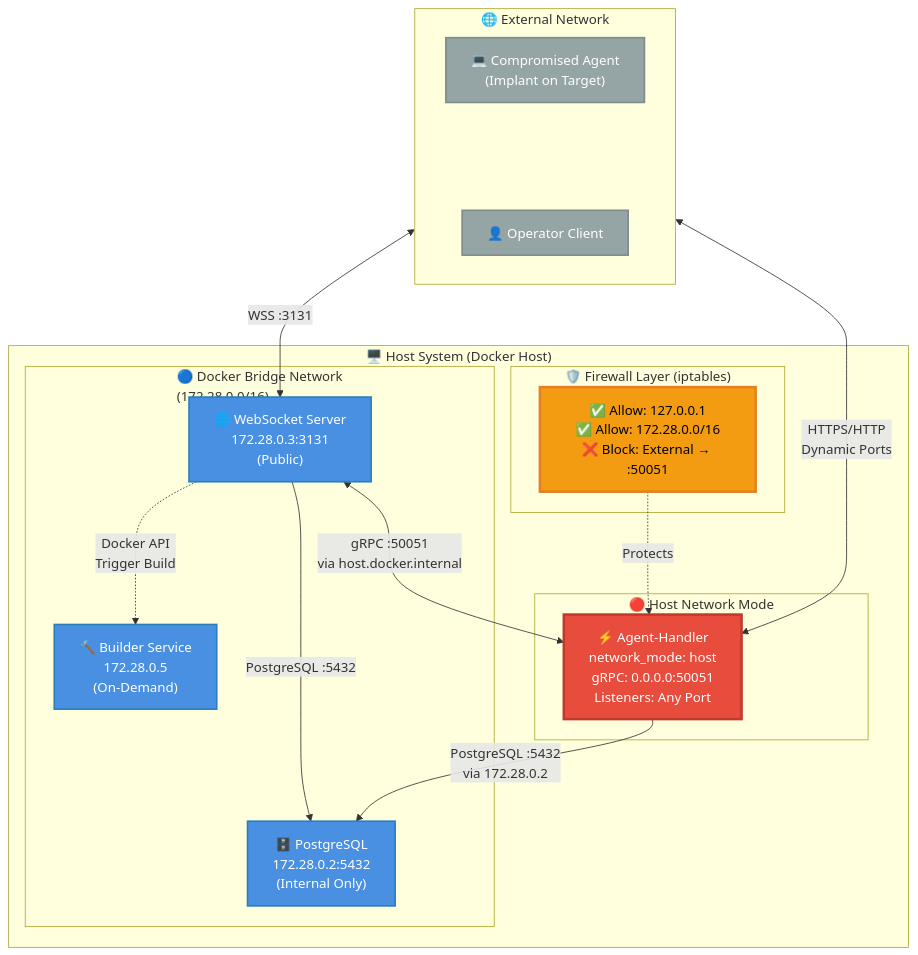
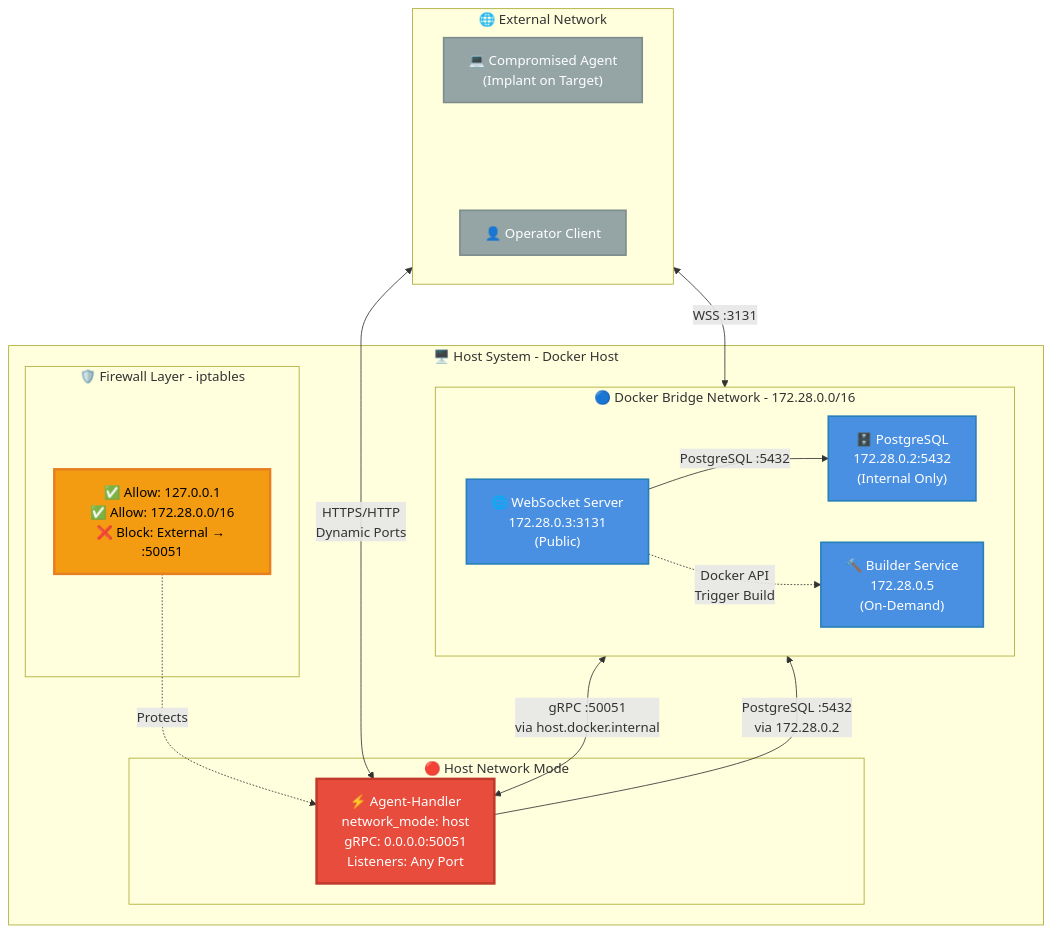
Before and after one commit to seahop/NexusC2: the diagram in README.md, drawn with Mermaid.

Commit message:
README update, fighting with mermaid

````diff
--- a/README.md
+++ b/README.md
@@ -34,51 +34,52 @@
 ```mermaid
 graph TB
     subgraph External["🌐 External Network"]
         direction LR
         Agent["💻 Compromised Agent<br/>(Implant on Target)"]
         Spacer[" "]
-        Client["👤 Operator Client<br/>"]
+        Client["👤 Operator Client"]
     end
 
-    subgraph HostSystem["🖥️ Host System (Docker Host)  "]
-        subgraph FirewallLayer["🛡️ Firewall Layer (iptables)"]
+    subgraph HostSystem["🖥️ Host System - Docker Host"]
+        subgraph FirewallLayer["🛡️ Firewall Layer - iptables"]
             FW_Allow["✅ Allow: 127.0.0.1<br/>✅ Allow: 172.28.0.0/16<br/>❌ Block: External → :50051"]
         end
 
         subgraph HostNetwork["🔴 Host Network Mode"]
             AgentHandler["⚡ Agent-Handler<br/>network_mode: host<br/>gRPC: 0.0.0.0:50051<br/>Listeners: Any Port"]
         end
 
-        subgraph DockerBridge["🔵 Docker Bridge Network<br/>(172.28.0.0/16)"]
+        subgraph DockerBridge["🔵 Docker Bridge Network - 172.28.0.0/16"]
+            direction LR
             Database["🗄️ PostgreSQL<br/>172.28.0.2:5432<br/>(Internal Only)"]
             Websocket["🌐 WebSocket Server<br/>172.28.0.3:3131<br/>(Public)"]
             Builder["🔨 Builder Service<br/>172.28.0.5<br/>(On-Demand)"]
         end
     end
 
     %% External Connections - Separated paths
     Agent <-->|"HTTPS/HTTP<br/>Dynamic Ports"| AgentHandler
     Client <-->|"WSS :3131"| Websocket
 
     %% Internal Docker Bridge Network
     Websocket <-->|"gRPC :50051<br/>via host.docker.internal"| AgentHandler
     Websocket -->|"PostgreSQL :5432"| Database
     AgentHandler -->|"PostgreSQL :5432<br/>via 172.28.0.2"| Database
     Websocket -.->|"Docker API<br/>Trigger Build"| Builder
 
     %% Firewall Protection
     FW_Allow -.->|"Protects"| AgentHandler
 
     %% Styling
     classDef hostNet fill:#e74c3c,stroke:#c0392b,stroke-width:3px,color:#fff
     classDef bridgeNet fill:#4a90e2,stroke:#2980b9,stroke-width:2px,color:#fff
     classDef external fill:#95a5a6,stroke:#7f8c8d,stroke-width:2px,color:#fff
     classDef firewall fill:#f39c12,stroke:#e67e22,stroke-width:3px,color:#000
     classDef spacer fill:none,stroke:none,color:transparent
 
     class AgentHandler hostNet
     class Database,Websocket,Builder bridgeNet
     class Agent,Client external
     class FW_Allow firewall
     class Spacer spacer
 ```
````
